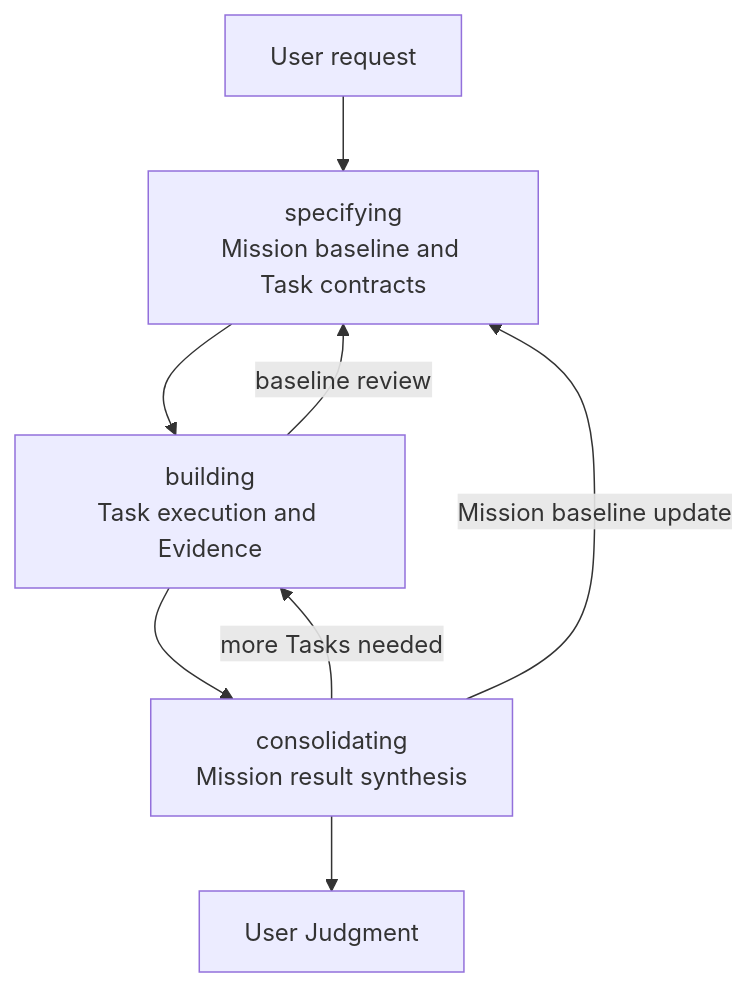
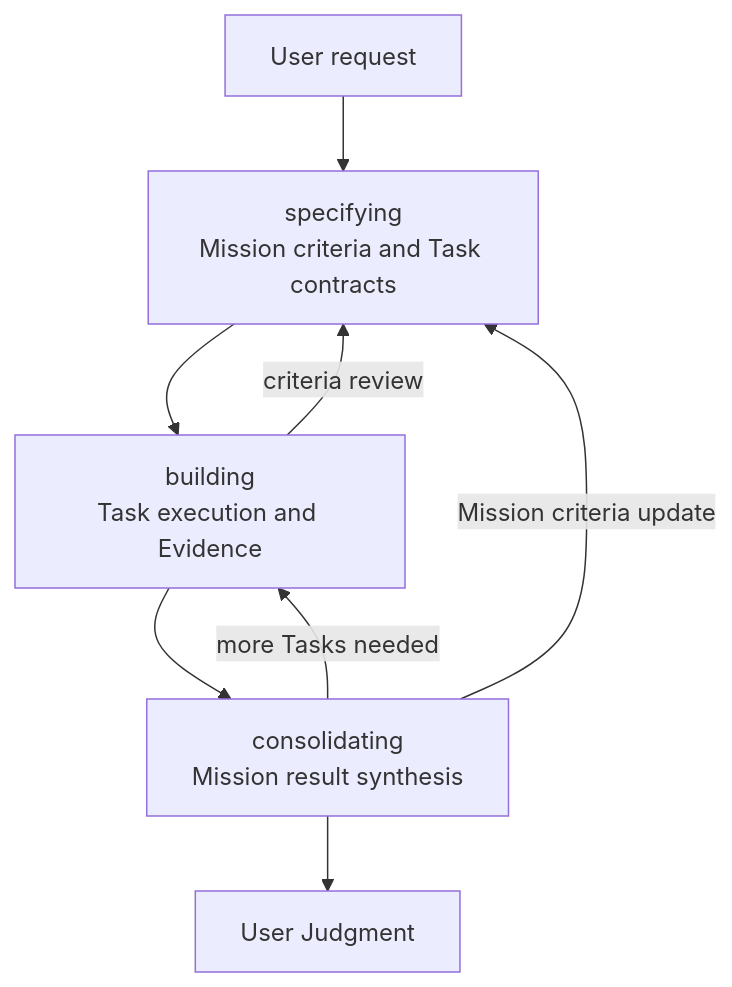
The first of 2 diagrams in README.md (choam2426/geas), drawn with Mermaid before and after one commit. The commit also changed other lines of this file and 82 other files, not shown here.

````diff
--- a/README.md
+++ b/README.md
@@ -101,10 +101,10 @@
 ```mermaid
 flowchart TD
-  request["User request"] --> specifying["specifying<br/>Mission baseline and Task contracts"]
+  request["User request"] --> specifying["specifying<br/>Mission criteria and Task contracts"]
   specifying --> building["building<br/>Task execution and Evidence"]
   building --> consolidating["consolidating<br/>Mission result synthesis"]
   consolidating --> judgment["User Judgment"]
-  building -->|"baseline review"| specifying
+  building -->|"criteria review"| specifying
   consolidating -->|"more Tasks needed"| building
-  consolidating -->|"Mission baseline update"| specifying
+  consolidating -->|"Mission criteria update"| specifying
 ```
````
